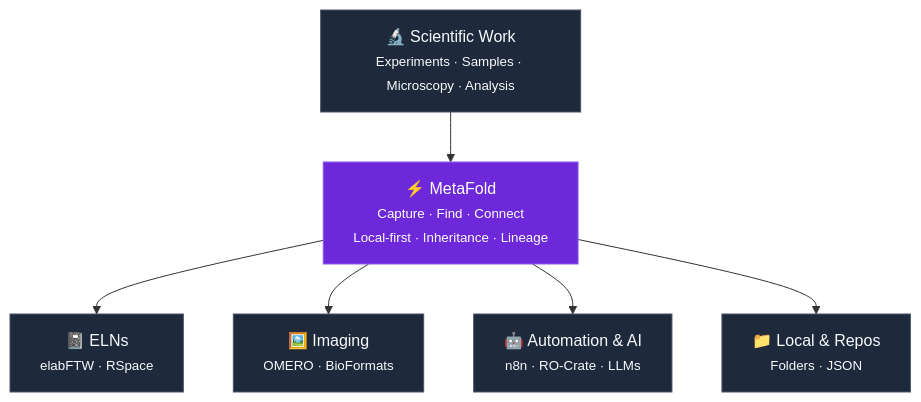
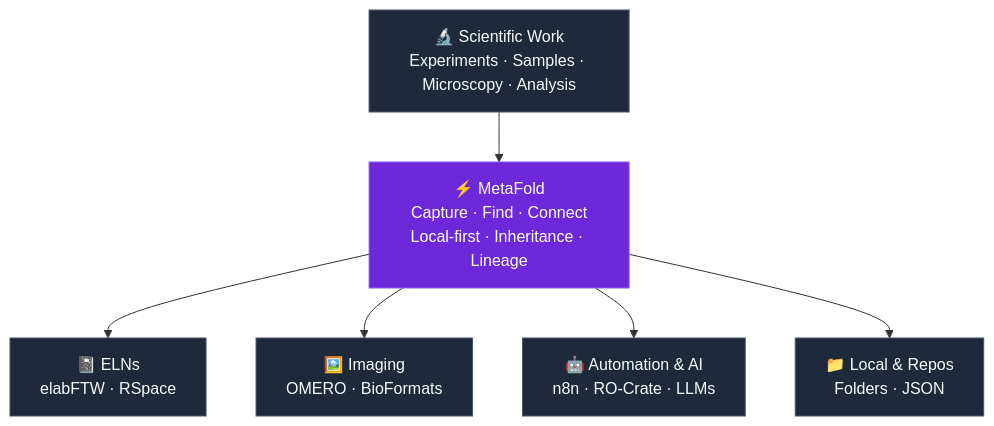
The diagram in README.md (ThZobel/MetaFold), drawn with Mermaid before and after one commit. The commit also changed other lines of this file, not shown here.

````diff
--- a/README.md
+++ b/README.md
@@ -40,19 +37,19 @@
 ```mermaid
 flowchart TB
-    A["🔬 Scientific Work<br/><small>Experiments · Samples · Microscopy · Analysis</small>"]
-    B["⚡ MetaFold<br/><small>Capture · Find · Connect<br/>Local-first · Inheritance · Lineage</small>"]
+    A["🔬 Scientific Work<br/>Experiments · Samples · Microscopy · Analysis"]
+    B["⚡ MetaFold<br/>Capture · Find · Connect<br/>Local-first · Inheritance · Lineage"]
 
     A --> B
 
-    B --> C["📓 ELNs<br/><small>elabFTW · RSpace</small>"]
-    B --> D["🖼️ Imaging<br/><small>OMERO · BioFormats</small>"]
-    B --> E["🤖 Automation & AI<br/><small>n8n · RO-Crate · LLMs</small>"]
-    B --> F["📁 Local & Repos<br/><small>Folders · JSON</small>"]
+    B --> C["📓 ELNs<br/>elabFTW · RSpace"]
+    B --> D["🖼️ Imaging<br/>OMERO · BioFormats"]
+    B --> E["🤖 Automation & AI<br/>n8n · RO-Crate · LLMs"]
+    B --> F["📁 Local & Repos<br/>Folders · JSON"]
 
     style A fill:#1e293b,color:#f8fafc,stroke:#475569
     style B fill:#6d28d9,color:#ffffff,stroke:#8b5cf6
     style C fill:#1e293b,color:#f8fafc,stroke:#475569
     style D fill:#1e293b,color:#f8fafc,stroke:#475569
     style E fill:#1e293b,color:#f8fafc,stroke:#475569
     style F fill:#1e293b,color:#f8fafc,stroke:#475569
 ```
````
